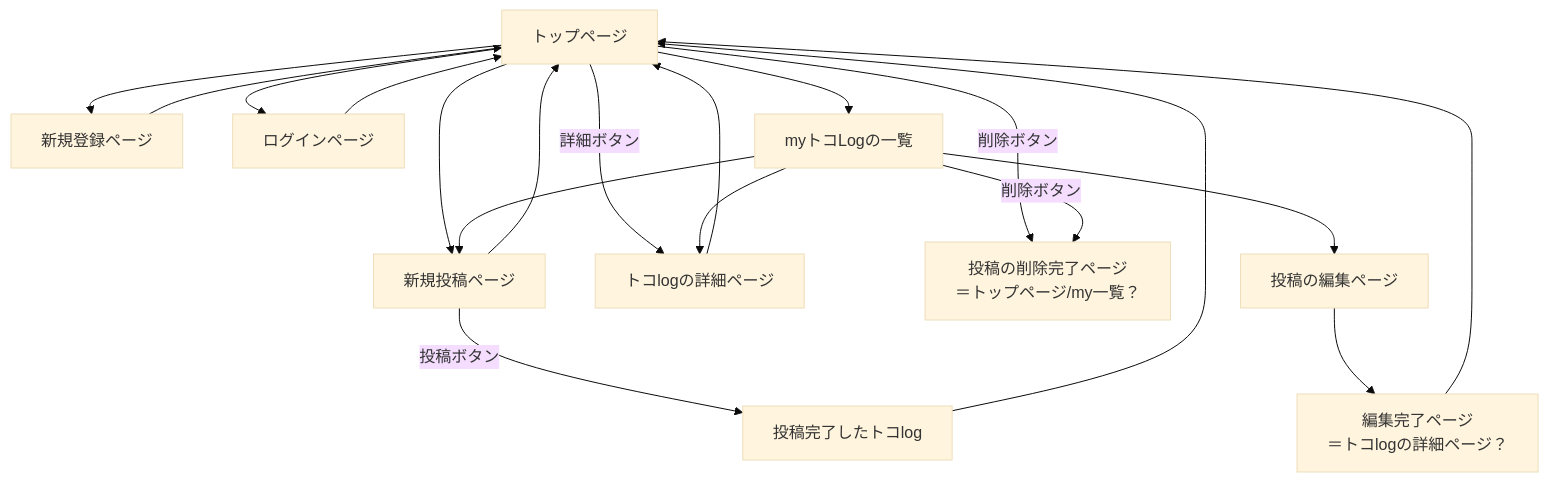
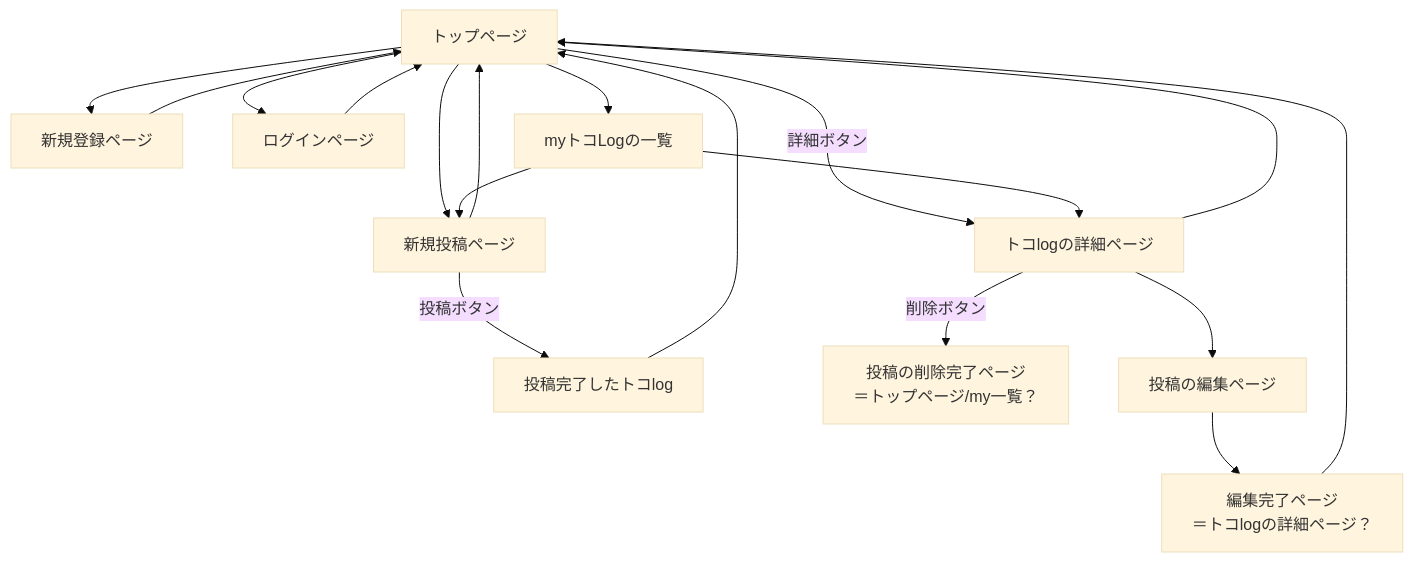
Before and after one commit to peppei20240408/toko-toko-log: the diagram in README.md, drawn with Mermaid (base theme).

Commit message:
削除・編集へは、トコlog詳細ページから遷移

````diff
--- a/README.md
+++ b/README.md
@@ -74,21 +74,20 @@
 ```mermaid
 graph TD
   TopPage[トップページ] --> SignUp[新規登録ページ]
   SignUp --> TopPage
   TopPage --> LogIn[ログインページ]
   LogIn --> TopPage
   Submmit[新規投稿ページ] -->|投稿ボタン| SubmmitComp
   SubmmitComp[投稿完了したトコlog] --> TopPage
   Submmit --> TopPage
   TopPage --> Submmit
   TopPage --> MyPage
   TopPage -->|詳細ボタン| TokoLog[トコlogの詳細ページ]
-  TopPage -->|削除ボタン| DeleteComp[投稿の削除完了ページ <br> ＝トップページ/my一覧？]
+  TokoLog -->|削除ボタン| DeleteComp[投稿の削除完了ページ <br> ＝トップページ/my一覧？]
   MyPage --> TokoLog
   MyPage[myトコLogの一覧] --> Submmit
-  MyPage --> Edit[投稿の編集ページ]
+  TokoLog --> Edit[投稿の編集ページ]
   TokoLog --> TopPage
   Edit --> EditComp[編集完了ページ <br> ＝トコlogの詳細ページ？]
   EditComp --> TopPage
-  MyPage -->|削除ボタン| DeleteComp
 ```
````
